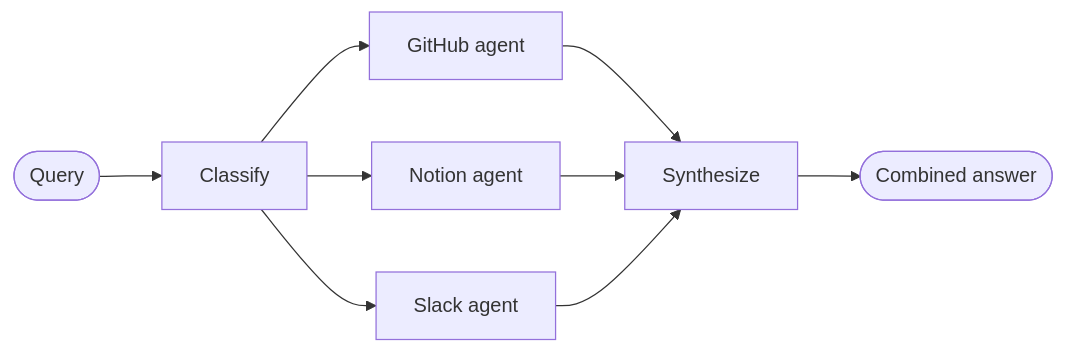
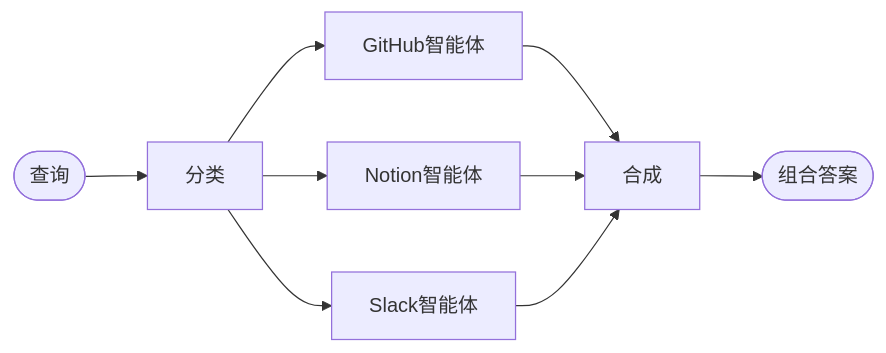
One commit to happyphper/langchain-docs-cn changed the diagram in docs/oss/javascript/langchain/multi-agent/router-knowledge-base.md. Above: the diagram before and after it, drawn with Mermaid. The commit also changed other lines of this file and 2294 other files, not shown here.

````diff
--- a/docs/oss/javascript/langchain/multi-agent/router-knowledge-base.md
+++ b/docs/oss/javascript/langchain/multi-agent/router-knowledge-base.md
@@ -19,11 +19,11 @@
 ```mermaid
 graph LR
-    A([Query]) --> B[Classify]
-    B --> C[GitHub agent]
-    B --> D[Notion agent]
-    B --> E[Slack agent]
-    C --> F[Synthesize]
+    A([查询]) --> B[分类]
+    B --> C[GitHub智能体]
+    B --> D[Notion智能体]
+    B --> E[Slack智能体]
+    C --> F[合成]
     D --> F
     E --> F
-    F --> G([Combined answer])
+    F --> G([组合答案])
 ```
````
